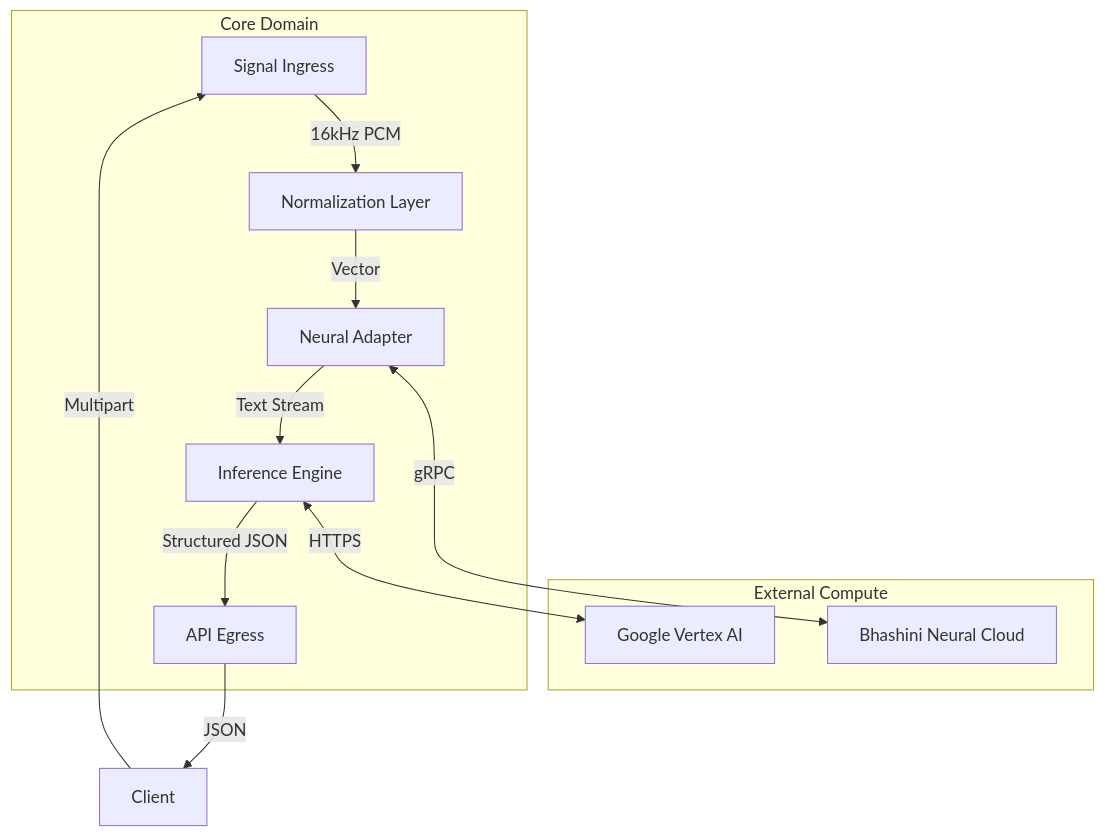
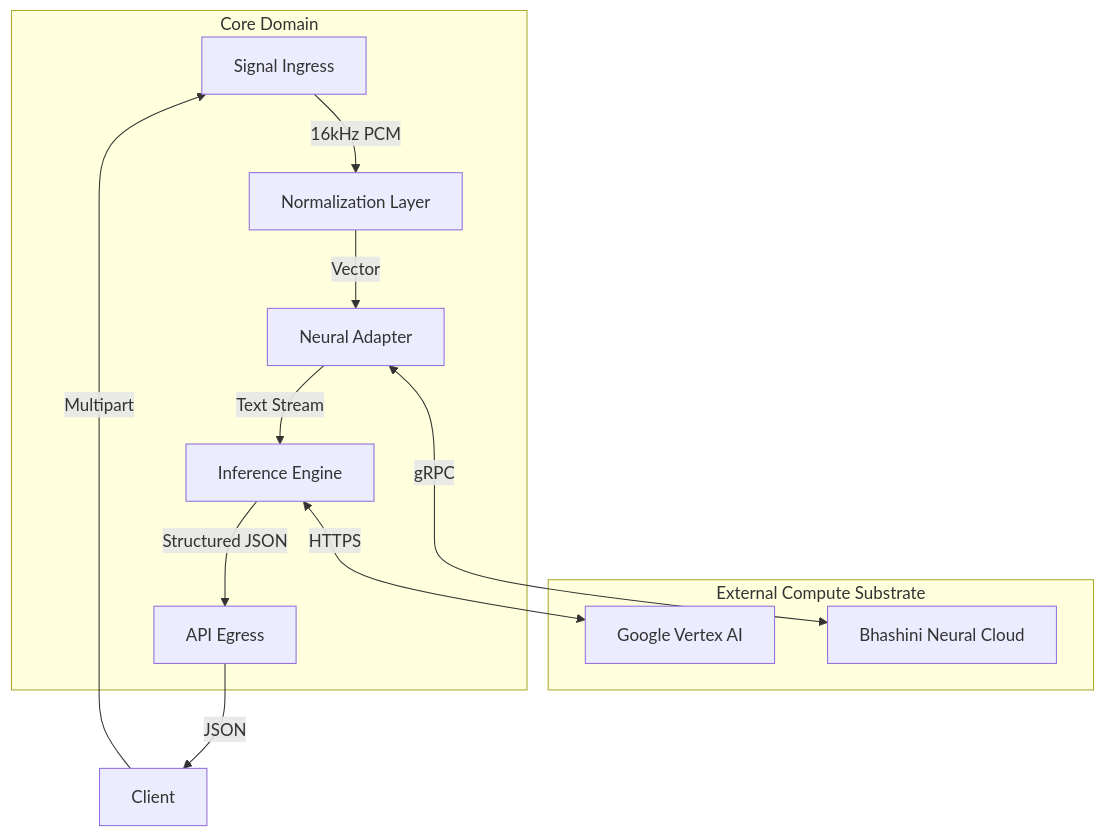
The diagram in README.md (riteshroshann/meeting-mind-backened-baby-one), drawn with Mermaid before and after one commit. The commit also changed other lines of this file, not shown here.

````diff
--- a/README.md
+++ b/README.md
@@ -26,19 +45,19 @@
 ```mermaid
 graph TD
-    subgraph "External Compute"
+    subgraph "External Compute Substrate"
         Bhashini[Bhashini Neural Cloud]
         Vertex[Google Vertex AI]
     end
 
     subgraph "Core Domain"
         Ingress[Signal Ingress] -->|16kHz PCM| Norm[Normalization Layer]
         Norm -->|Vector| Adapter[Neural Adapter]
         Adapter <-->|gRPC| Bhashini
         Adapter -->|Text Stream| Reasoner[Inference Engine]
         Reasoner <-->|HTTPS| Vertex
         Reasoner -->|Structured JSON| Egress[API Egress]
     end
 
     Client -->|Multipart| Ingress
     Egress -->|JSON| Client
 ```
````
